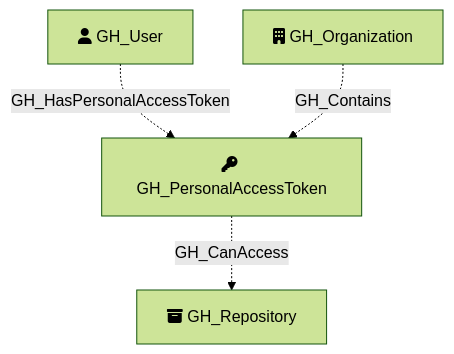
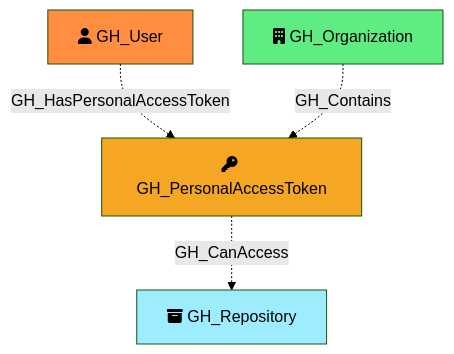
One commit to SpecterOps/bloodhound-docs changed the diagram in docs/opengraph/extensions/githound/reference/nodes/gh_personalaccesstoken.mdx. Above: the diagram before and after it, drawn with Mermaid (forest theme). The commit also changed other lines of this file and 52 other files, not shown here.

````diff
--- a/docs/opengraph/extensions/githound/reference/nodes/gh_personalaccesstoken.mdx
+++ b/docs/opengraph/extensions/githound/reference/nodes/gh_personalaccesstoken.mdx
@@ -55,12 +70,16 @@
 ```mermaid
 flowchart TD
     GH_PersonalAccessToken[fa:fa-key GH_PersonalAccessToken]
     GH_User[fa:fa-user GH_User]
     GH_Organization[fa:fa-building GH_Organization]
     GH_Repository[fa:fa-box-archive GH_Repository]
 
+    style GH_PersonalAccessToken fill:#F5A623
+    style GH_User fill:#FF8E40
+    style GH_Organization fill:#5FED83
+    style GH_Repository fill:#9EECFF
 
     GH_User -.->|GH_HasPersonalAccessToken| GH_PersonalAccessToken
     GH_Organization -.->|GH_Contains| GH_PersonalAccessToken
     GH_PersonalAccessToken -.->|GH_CanAccess| GH_Repository
 ```
````
